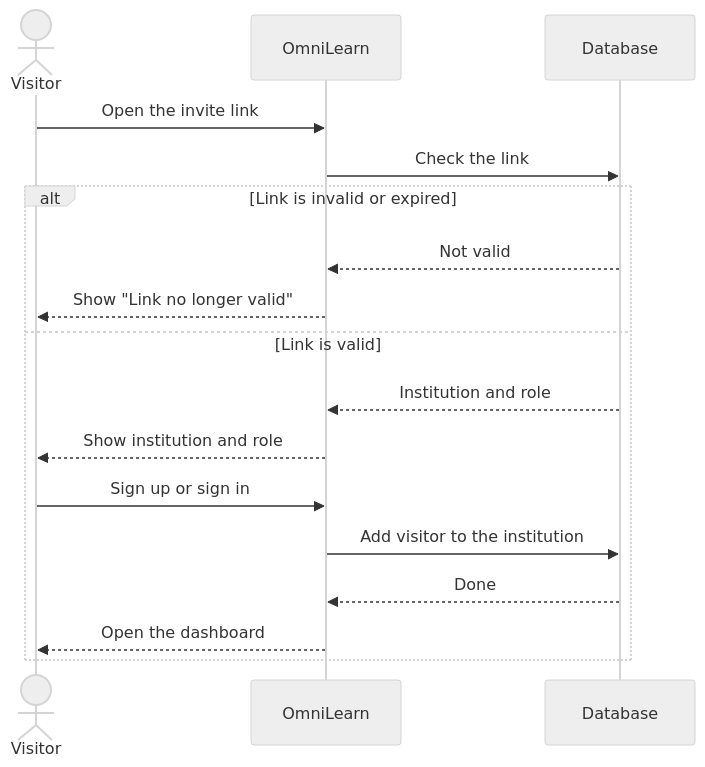
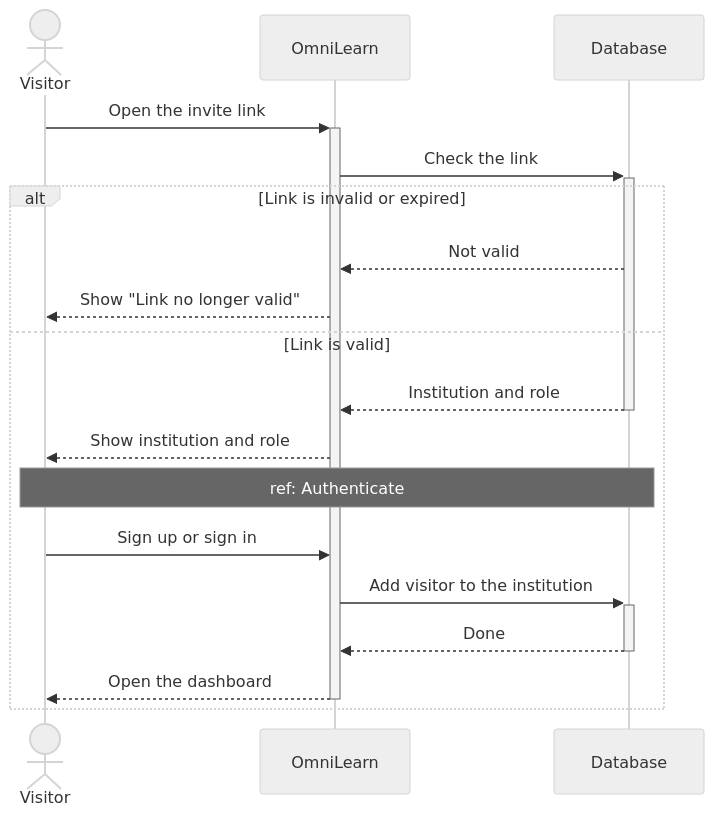
The seventh of 14 diagrams in docs/08_chapitre6_sprint4.md (MaizaAymen/OmniLearn), drawn with Mermaid (neutral theme) before and after one commit.

````diff
--- a/docs/08_chapitre6_sprint4.md
+++ b/docs/08_chapitre6_sprint4.md
@@ -478,21 +478,24 @@
 ```mermaid
 sequenceDiagram
     actor Visitor
     participant App as OmniLearn
     participant DB as Database
 
-    Visitor->>App: Open the invite link
-    App->>DB: Check the link
+    Visitor->>+App: Open the invite link
+    App->>+DB: Check the link
 
     alt Link is invalid or expired
         DB-->>App: Not valid
         App-->>Visitor: Show "Link no longer valid"
     else Link is valid
-        DB-->>App: Institution and role
+        DB-->>-App: Institution and role
         App-->>Visitor: Show institution and role
+
+        Note over Visitor,DB: ref: Authenticate
+
         Visitor->>App: Sign up or sign in
-        App->>DB: Add visitor to the institution
-        DB-->>App: Done
-        App-->>Visitor: Open the dashboard
+        App->>+DB: Add visitor to the institution
+        DB-->>-App: Done
+        App-->>-Visitor: Open the dashboard
     end
 ```
````
